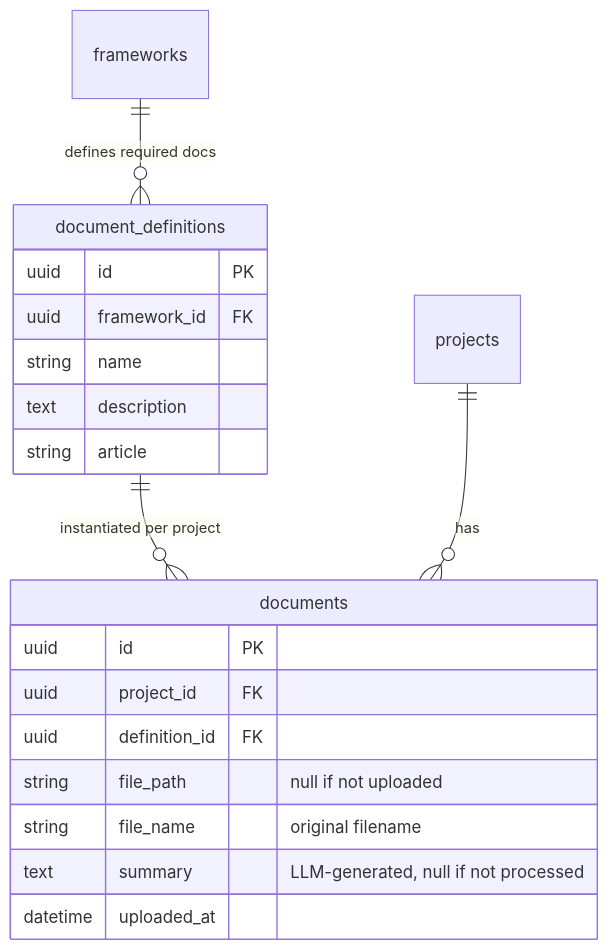
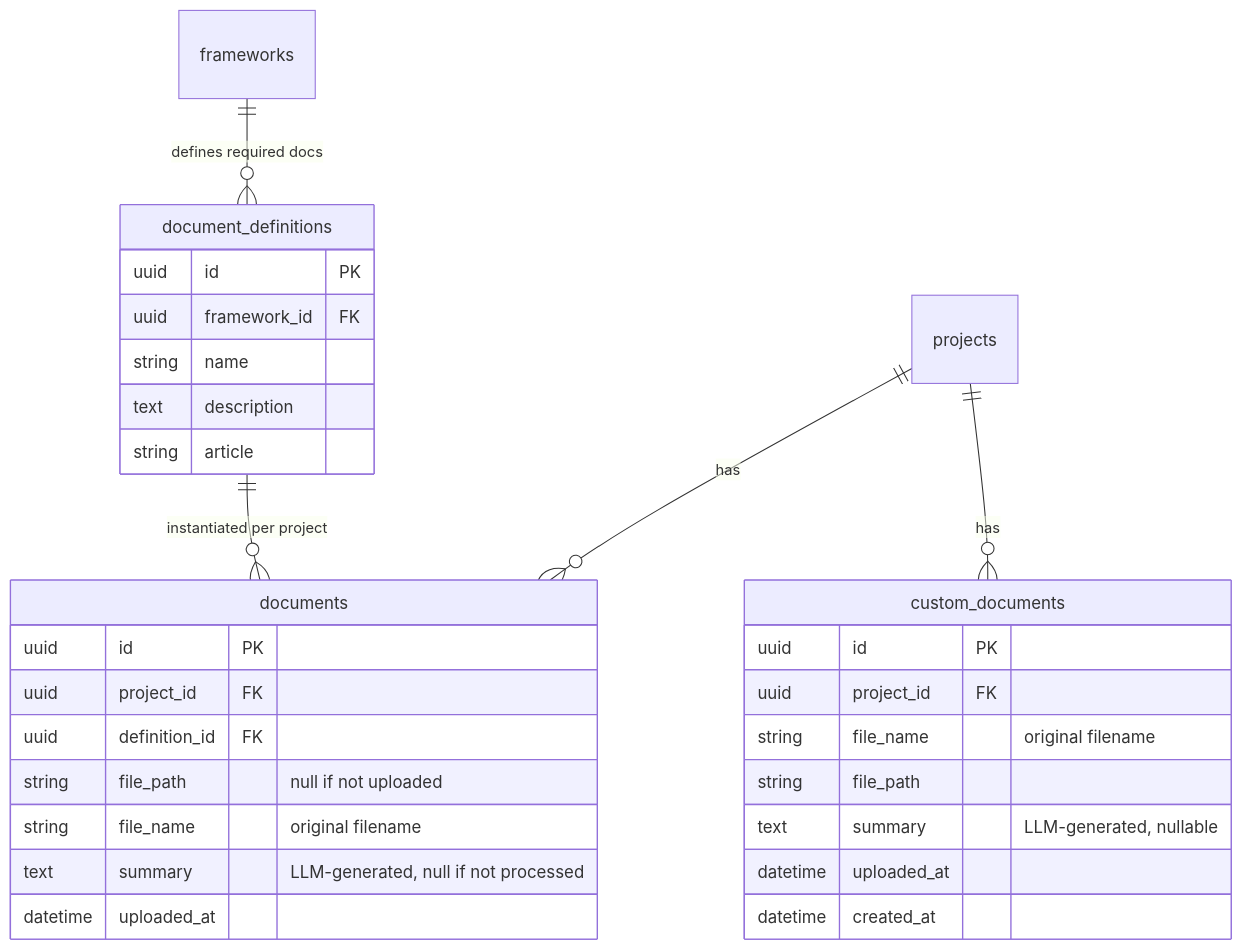
One commit to airbus/norma changed the second of 2 diagrams in docs/document-processing.md. Above: the diagram before and after it, drawn with Mermaid. The commit also changed other lines of this file and 22 other files, not shown here.

First line of the commit message:
Add custom documents, reporting suggestions, and UI improvements

````diff
--- a/docs/document-processing.md
+++ b/docs/document-processing.md
@@ -44,24 +46,35 @@
 ```mermaid
 erDiagram
     frameworks ||--o{ document_definitions : "defines required docs"
     document_definitions ||--o{ documents : "instantiated per project"
     projects ||--o{ documents : "has"
+    projects ||--o{ custom_documents : "has"
 
     document_definitions {
         uuid id PK
         uuid framework_id FK
         string name
         text description
         string article
     }
 
     documents {
         uuid id PK
         uuid project_id FK
         uuid definition_id FK
         string file_path "null if not uploaded"
         string file_name "original filename"
         text summary "LLM-generated, null if not processed"
         datetime uploaded_at
     }
+
+    custom_documents {
+        uuid id PK
+        uuid project_id FK
+        string file_name "original filename"
+        string file_path
+        text summary "LLM-generated, nullable"
+        datetime uploaded_at
+        datetime created_at
+    }
 ```
````
